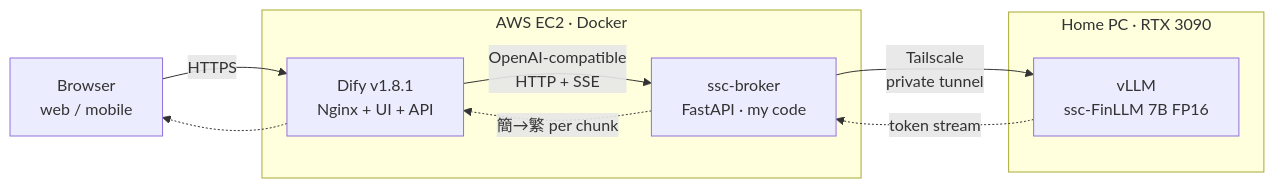
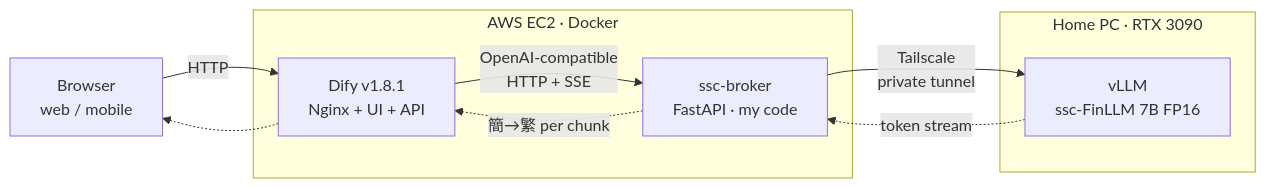
Before and after one commit to CrocoWilly/FinancialEducationLLMAssistant: the diagram in README.md, drawn with Mermaid. The commit also changed other lines of this file and 1 other file, not shown here.

Commit message:
docs: correct the 2025 deployment details (HTTP only, about 10 test users)

````diff
--- a/README.md
+++ b/README.md
@@ -27,16 +27,16 @@
 ```mermaid
 flowchart LR
-    U[Browser<br/>web / mobile] -->|HTTPS| D
+    U[Browser<br/>web / mobile] -->|HTTP| D
 
     subgraph EC2[AWS EC2 · Docker]
         D[Dify v1.8.1<br/>Nginx + UI + API] -->|OpenAI-compatible<br/>HTTP + SSE| B[ssc-broker<br/>FastAPI · my code]
     end
 
     B -->|Tailscale<br/>private tunnel| V
 
     subgraph PC[Home PC · RTX 3090]
         V[vLLM<br/>ssc-FinLLM 7B FP16]
     end
 
     V -.->|token stream| B -.->|簡→繁 per chunk| D -.-> U
 ```
````
